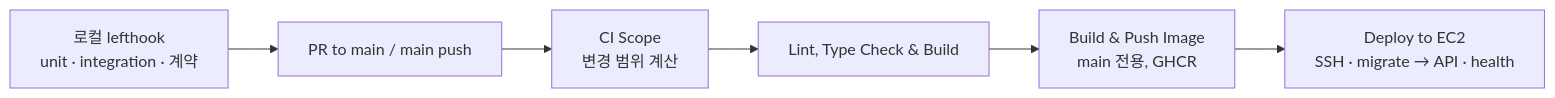
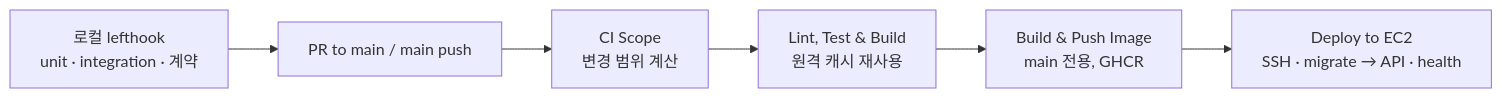
Before and after one commit to Aiddoo/Aido-platform: the second of 2 diagrams in README.md, drawn with Mermaid. The commit also changed other lines of this file and 3 other files, not shown here.

````diff
--- a/README.md
+++ b/README.md
@@ -184,8 +184,8 @@
 ```mermaid
 flowchart LR
   Hook[로컬 lefthook<br/>unit · integration · 계약] --> PR[PR to main / main push]
   PR --> Gate[CI Scope<br/>변경 범위 계산]
-  Gate --> Verify[Lint, Type Check & Build]
+  Gate --> Verify[Lint, Test & Build<br/>원격 캐시 재사용]
   Verify --> Img[Build & Push Image<br/>main 전용, GHCR]
   Img --> Deploy[Deploy to EC2<br/>SSH · migrate → API · health]
 ```
````
